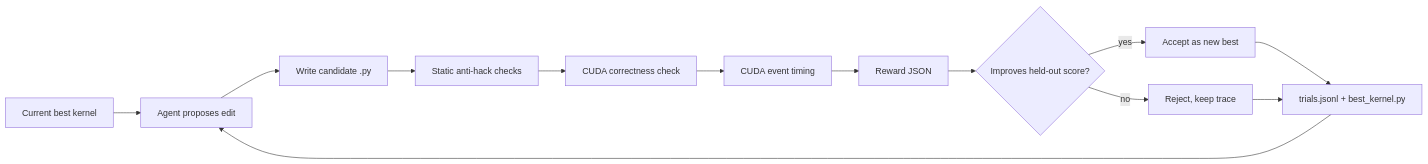
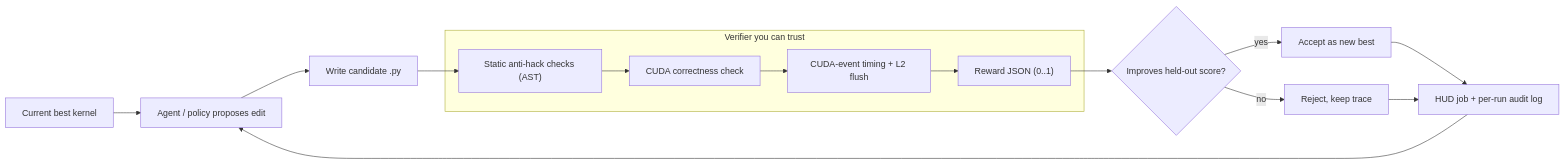
The first of 2 diagrams in README.md (nihalnihalani/protean), drawn with Mermaid before and after one commit. The commit also changed other lines of this file, not shown here.

````diff
--- a/README.md
+++ b/README.md
@@ -69,15 +91,17 @@
 ```mermaid
 flowchart LR
-    A["Current best kernel"] --> B["Agent proposes edit"]
+    A["Current best kernel"] --> B["Agent / policy proposes edit"]
     B --> C["Write candidate .py"]
-    C --> D["Static anti-hack checks"]
-    D --> E["CUDA correctness check"]
-    E --> F["CUDA event timing"]
-    F --> G["Reward JSON"]
+    C --> D["Static anti-hack checks (AST)"]
+    subgraph V["Verifier you can trust"]
+        D --> E["CUDA correctness check"]
+        E --> F["CUDA-event timing + L2 flush"]
+        F --> G["Reward JSON (0..1)"]
+    end
     G --> H{"Improves held-out score?"}
     H -- yes --> I["Accept as new best"]
     H -- no --> J["Reject, keep trace"]
-    I --> K["trials.jsonl + best_kernel.py"]
+    I --> K["HUD job + per-run audit log"]
     J --> K
     K --> B
 ```
````
